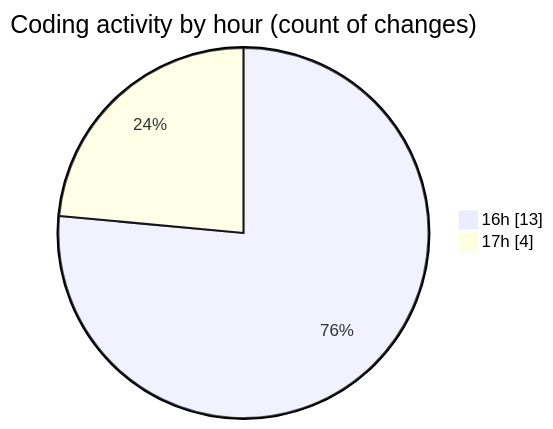
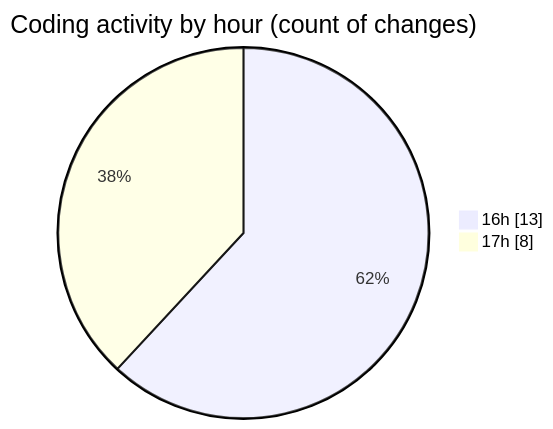
One commit to debugP/code-tracking changed the second of 2 diagrams in 2026-01-13/plugins__workspace_/README.md. Above: the diagram before and after it, drawn with Mermaid. The commit also changed other lines of this file and 1 other file, not shown here.

````diff
--- a/2026-01-13/plugins__workspace_/README.md
+++ b/2026-01-13/plugins__workspace_/README.md
@@ -28,6 +28,6 @@
 ```mermaid
 pie showData
 title Coding activity by hour (count of changes)
 "16h" : 13
-"17h" : 4
+"17h" : 8
 ```
````
